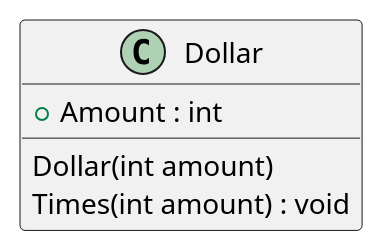
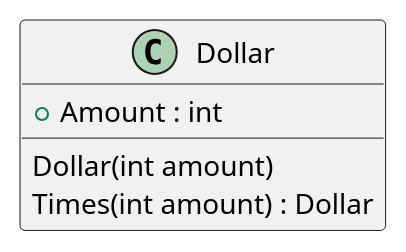
One commit to RicardoGuzmanVelasco/KentBeck.TDDByExample changed the diagram in Documentation/Classes.puml. Above: the diagram before and after it, drawn with PlantUML. The commit also changed 1 other file, not shown here.

Commit message:
2 | Dollar multiplication twice | Documentation

```diff
--- a/Documentation/Classes.puml
+++ b/Documentation/Classes.puml
@@ -1,8 +1,8 @@
 @startuml
 class Dollar
 {
     +Amount : int
     Dollar(int amount)
-    Times(int amount) : void
+    Times(int amount) : Dollar
 }
 @enduml
```
